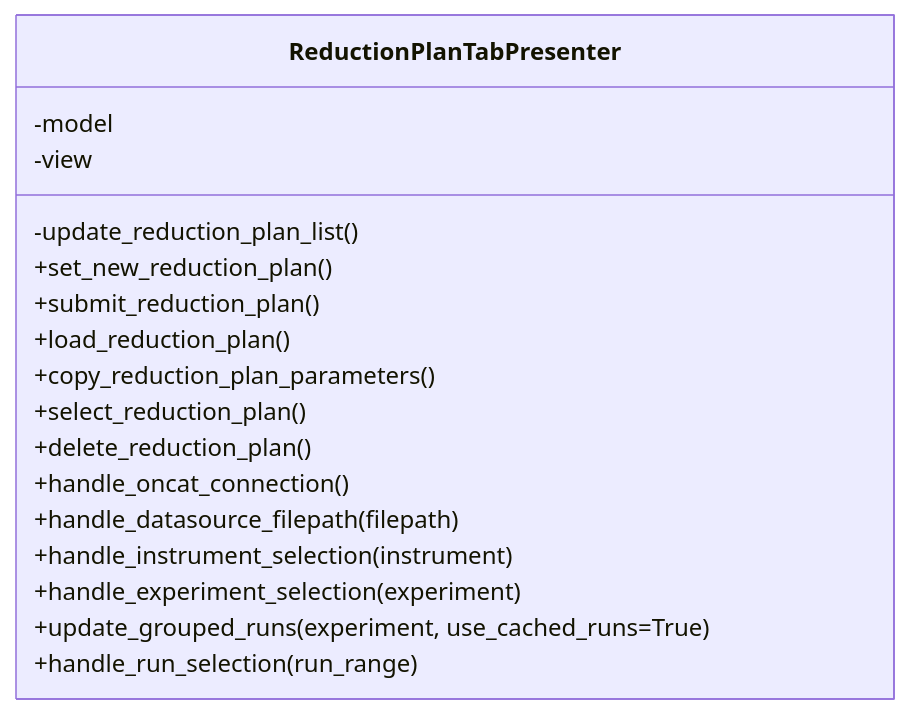
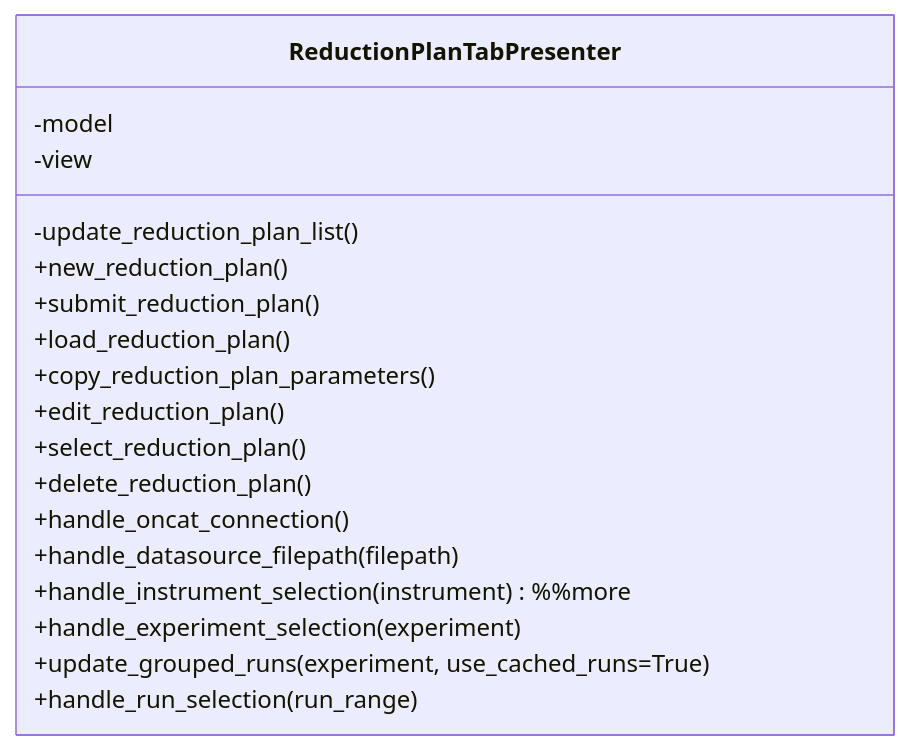
The third of 11 diagrams in docs/source/design/reduction_plan_mvp.rst (neutrons/garnet), drawn with Mermaid before and after one commit. The commit also changed other lines of this file and 2 other files, not shown here.

Commit message:
reduction plan activities, high model added, presenter in progress

```diff
--- a/docs/source/design/reduction_plan_mvp.rst
+++ b/docs/source/design/reduction_plan_mvp.rst
@@ -163,24 +212,25 @@
 .. mermaid::
 
  classDiagram
     class ReductionPlanTabPresenter{
         -model
         -view
         %%reduction plan related
         -update_reduction_plan_list()
 
-        +set_new_reduction_plan()
+        +new_reduction_plan()
         +submit_reduction_plan()
         +load_reduction_plan()
         +copy_reduction_plan_parameters()
+        +edit_reduction_plan()
         +select_reduction_plan()
         +delete_reduction_plan()
 
         %%pyoncat related
         +handle_oncat_connection()
         +handle_datasource_filepath(filepath)
-        +handle_instrument_selection(instrument)
+        +handle_instrument_selection(instrument) %%more
         +handle_experiment_selection(experiment)
         +update_grouped_runs(experiment, use_cached_runs=True)
         +handle_run_selection(run_range)
     }
```
